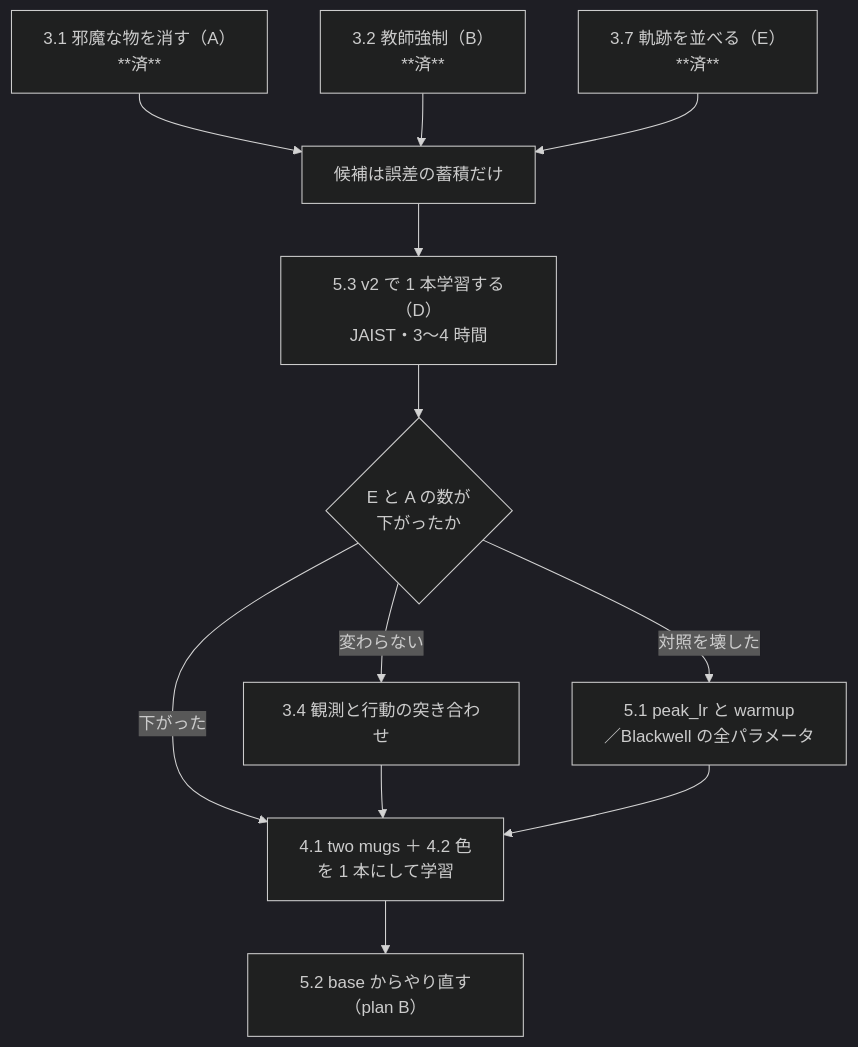
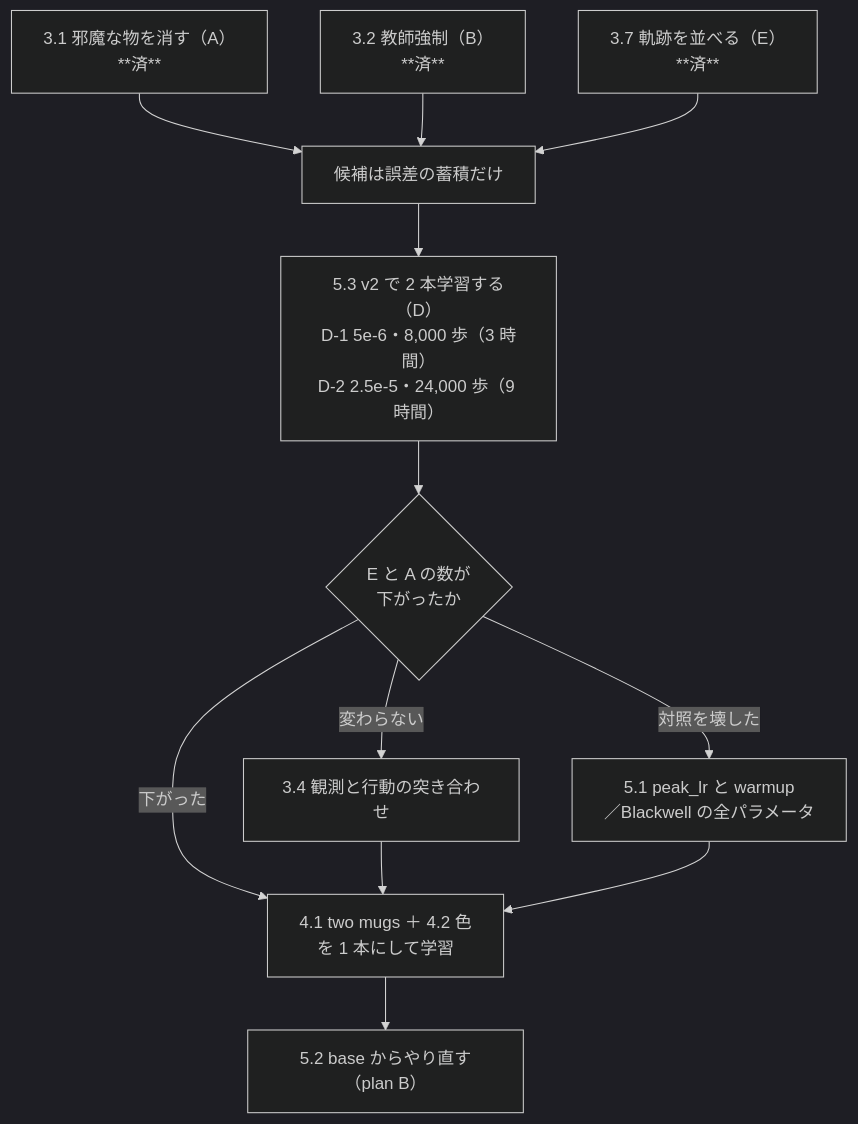
One commit to siruku6/PARC2026_pre changed the second of 2 diagrams in docs/plan/22_grasp_and_color_next_moves.md. Above: the diagram before and after it, drawn with Mermaid (dark theme). The commit also changed other lines of this file and 2 other files, not shown here.

````diff
--- a/docs/plan/22_grasp_and_color_next_moves.md
+++ b/docs/plan/22_grasp_and_color_next_moves.md
@@ -580,14 +623,14 @@
 ```mermaid
 flowchart TD
     A["3.1 邪魔な物を消す（A）<br/>**済**"] --> X["候補は誤差の蓄積だけ"]
     B["3.2 教師強制（B）<br/>**済**"] --> X
     E["3.7 軌跡を並べる（E）<br/>**済**"] --> X
-    X --> D["5.3 v2 で 1 本学習する（D）<br/>JAIST・3〜4 時間"]
+    X --> D["5.3 v2 で 2 本学習する（D）<br/>D-1 5e-6・8,000 歩（3 時間）<br/>D-2 2.5e-5・24,000 歩（9 時間）"]
     D --> D1{"E と A の数が<br/>下がったか"}
     D1 -- 下がった --> G["4.1 two mugs ＋ 4.2 色<br/>を 1 本にして学習"]
     D1 -- 変わらない --> C["3.4 観測と行動の突き合わせ"]
     D1 -- 対照を壊した --> F["5.1 peak_lr と warmup<br/>／Blackwell の全パラメータ"]
     C --> G
     F --> G
     G --> H["5.2 base からやり直す（plan B）"]
 ```
````
